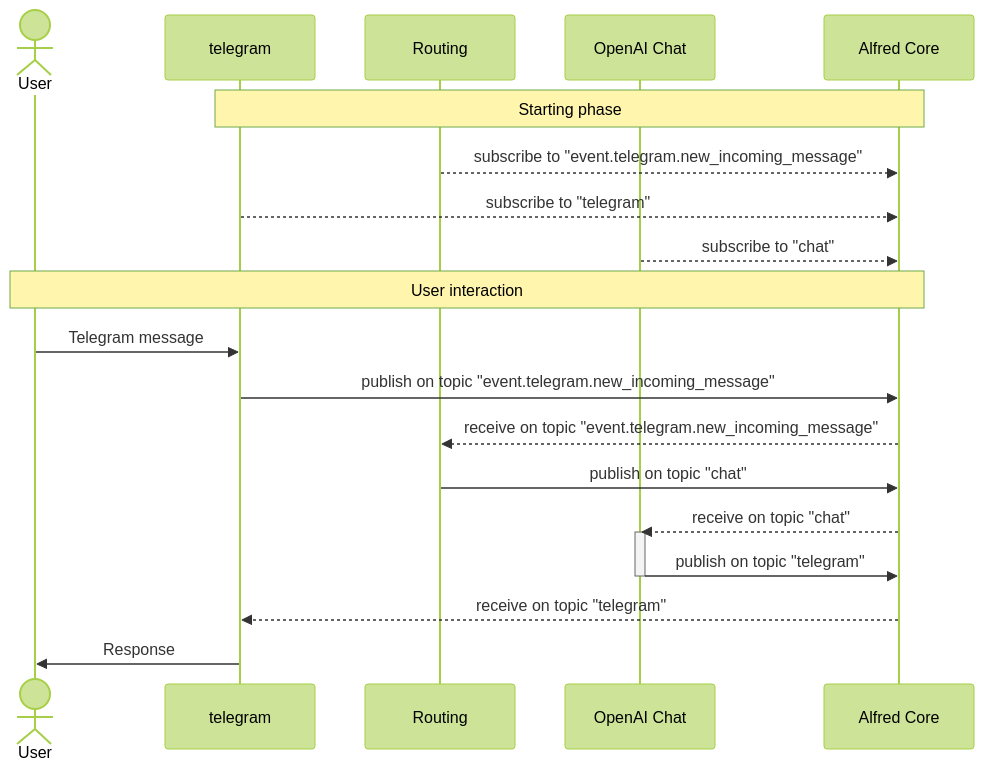
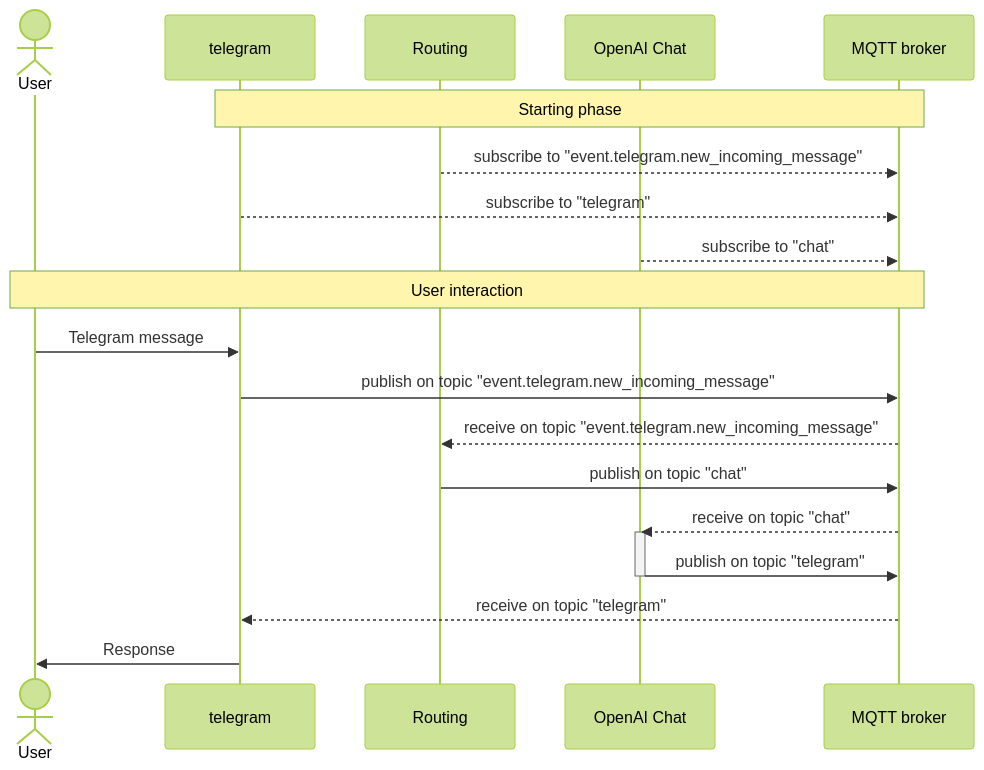
One commit to PaoloPana/alfred-core changed the first of 2 diagrams in README.md. Above: the diagram before and after it, drawn with Mermaid (forest theme). The commit also changed other lines of this file and 8 other files, not shown here.

````diff
--- a/README.md
+++ b/README.md
@@ -78,23 +81,23 @@
 ```mermaid
 sequenceDiagram
     actor u as User
     participant t as telegram
     participant r as Routing
     participant c as OpenAI Chat
-    participant a as Alfred Core
+    participant a as MQTT broker
     Note over t,a: Starting phase
     r-->>a: subscribe to "event.telegram.new_incoming_message"
     t-->>a: subscribe to "telegram"
     c-->>a: subscribe to "chat"
     Note over u,a: User interaction
     u->>t: Telegram message
     t->>a: publish on topic "event.telegram.new_incoming_message"
     a-->>r: receive on topic "event.telegram.new_incoming_message"
     r->>a: publish on topic "chat"
     a-->>c: receive on topic "chat"
     activate c
     c->>a: publish on topic "telegram"
     deactivate c
     a-->>t: receive on topic "telegram"
     t->>u: Response
 ```
````
